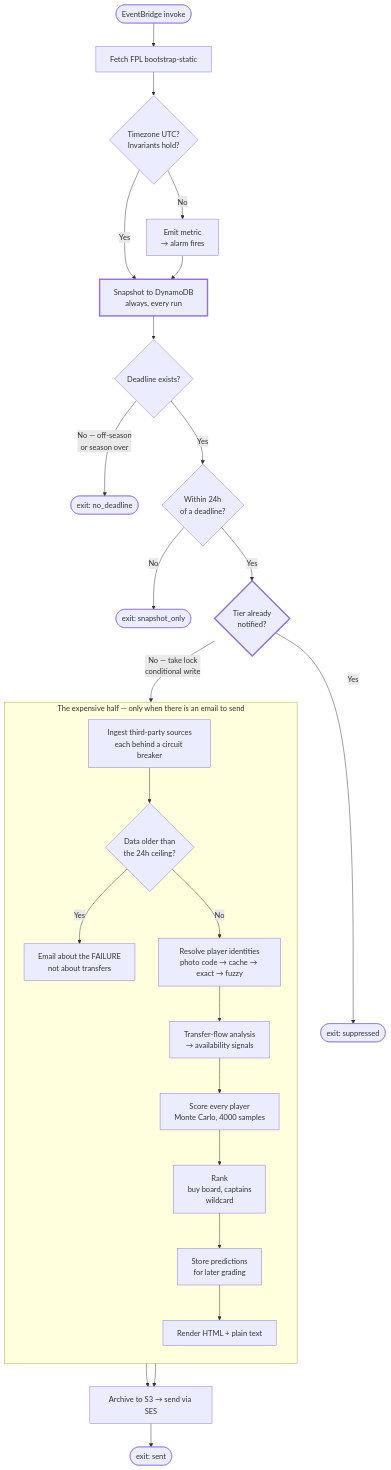
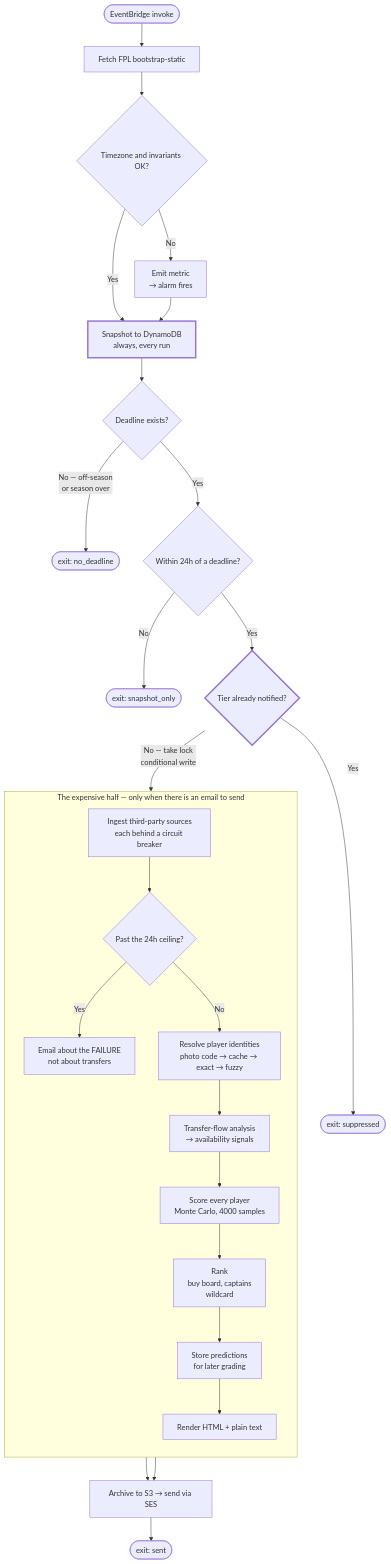
One commit to MasonGallagher/FplBot changed the seventh of 12 diagrams in docs/DIAGRAMS.md. Above: the diagram before and after it, drawn with Mermaid. The commit also changed other lines of this file, not shown here.

````diff
--- a/docs/DIAGRAMS.md
+++ b/docs/DIAGRAMS.md
@@ -252,38 +252,38 @@
 ```mermaid
 flowchart TD
     START(["EventBridge invoke"]) --> FETCH["Fetch FPL bootstrap-static"]
-    FETCH --> ASSERT{"Timezone UTC?<br/>Invariants hold?"}
+    FETCH --> ASSERT{"Timezone and invariants OK?"}
     ASSERT -->|"No"| ALARM["Emit metric<br/>→ alarm fires"]
     ASSERT -->|"Yes"| SNAP["Snapshot to DynamoDB<br/>always, every run"]
     ALARM --> SNAP
 
     SNAP --> D1{"Deadline exists?"}
     D1 -->|"No — off-season<br/>or season over"| X1(["exit: no_deadline"])
-    D1 -->|"Yes"| D2{"Within 24h<br/>of a deadline?"}
+    D1 -->|"Yes"| D2{"Within 24h of a deadline?"}
     D2 -->|"No"| X2(["exit: snapshot_only"])
-    D2 -->|"Yes"| D3{"Tier already<br/>notified?"}
+    D2 -->|"Yes"| D3{"Tier already notified?"}
     D3 -->|"Yes"| X3(["exit: suppressed"])
     D3 -->|"No — take lock<br/>conditional write"| WORK
 
     subgraph WORK["The expensive half — only when there is an email to send"]
         direction TB
         W1["Ingest third-party sources<br/>each behind a circuit breaker"]
-        W2{"Data older than<br/>the 24h ceiling?"}
+        W2{"Past the 24h ceiling?"}
         W3["Resolve player identities<br/>photo code → cache → exact → fuzzy"]
         W4["Transfer-flow analysis<br/>→ availability signals"]
         W5["Score every player<br/>Monte Carlo, 4000 samples"]
         W6["Rank<br/>buy board, captains<br/>wildcard"]
         W7["Store predictions<br/>for later grading"]
         W8["Render HTML + plain text"]
         W1 --> W2
         W2 -->|"Yes"| FAIL["Email about the FAILURE<br/>not about transfers"]
         W2 -->|"No"| W3 --> W4 --> W5 --> W6 --> W7 --> W8
     end
 
     W8 --> SEND["Archive to S3 → send via SES"]
     FAIL --> SEND
     SEND --> X4(["exit: sent"])
 
     classDef emphasis stroke-width:3px
     class SNAP,D3 emphasis
 ```
````
